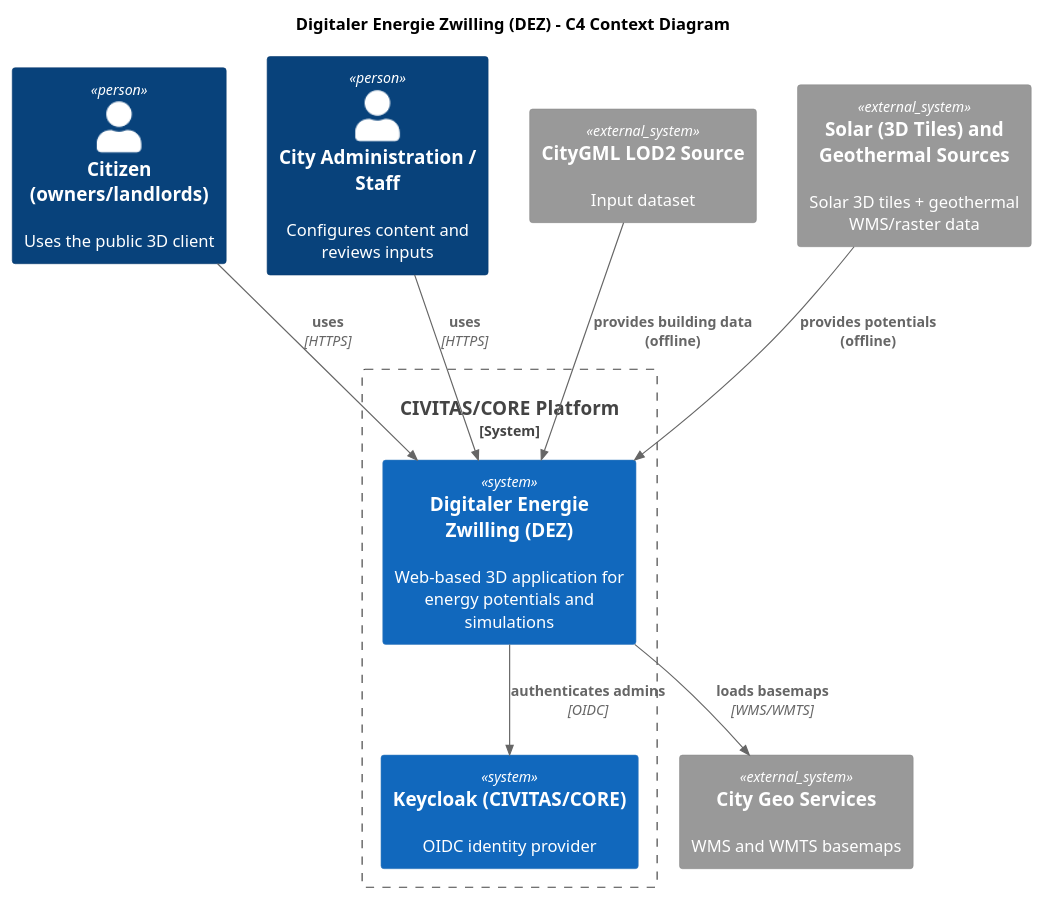
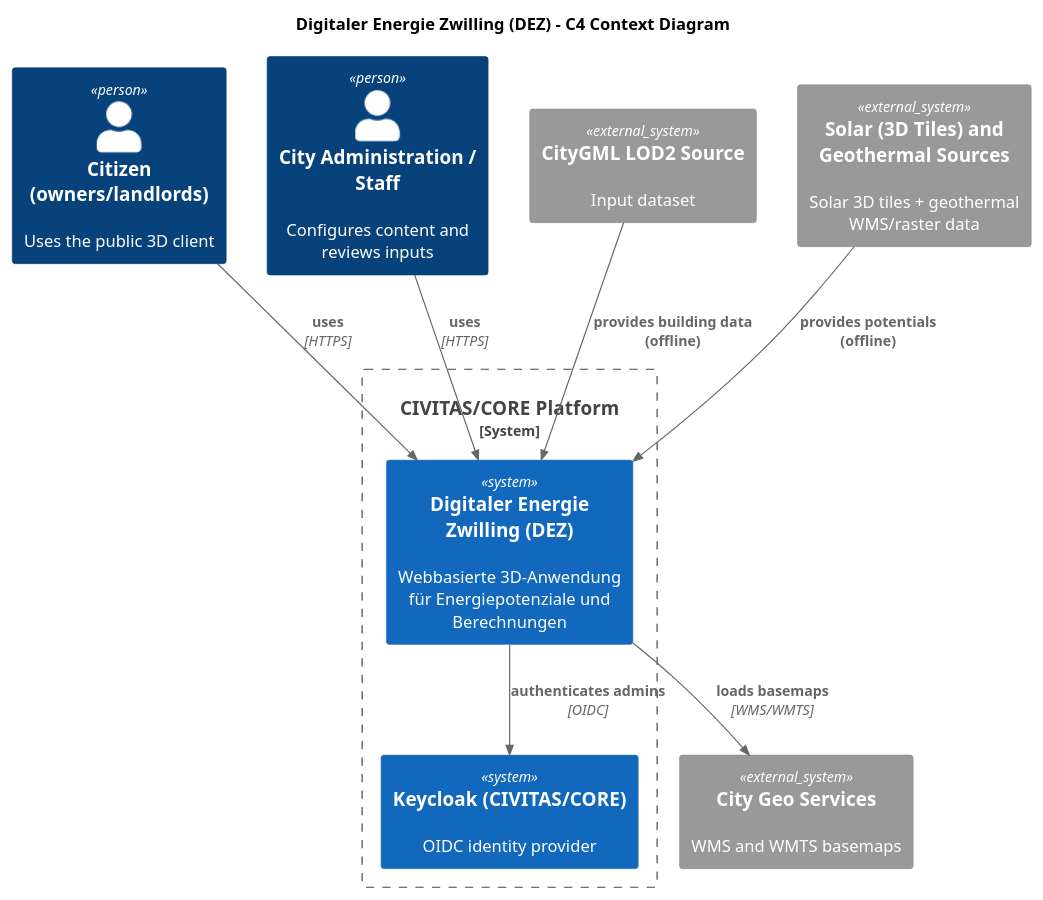
One commit to csi-FOXBYTE/Regensburg_DigitalerEnergieZwilling_Backend changed the diagram in docs/architecture/raw/c4-context.puml. Above: the diagram before and after it, drawn with PlantUML. The commit also changed other lines of this file and 36 other files, not shown here.

```diff
--- a/docs/architecture/raw/c4-context.puml
+++ b/docs/architecture/raw/c4-context.puml
@@ -1,25 +1,25 @@
 @startuml
 !includeurl https://raw.githubusercontent.com/plantuml-stdlib/C4-PlantUML/master/C4_Context.puml
 
 title Digitaler Energie Zwilling (DEZ) - C4 Context Diagram
 
 Person(citizen, "Citizen (owners/landlords)", "Uses the public 3D client")
 Person(admin, "City Administration / Staff", "Configures content and reviews inputs")
 
 System_Boundary(civitas, "CIVITAS/CORE Platform") {
-  System(det, "Digitaler Energie Zwilling (DEZ)", "Web-based 3D application for energy potentials and simulations")
+  System(det, "Digitaler Energie Zwilling (DEZ)", "Webbasierte 3D-Anwendung für Energiepotenziale und Berechnungen")
   System(idp, "Keycloak (CIVITAS/CORE)", "OIDC identity provider")
 }
 
 System_Ext(geo, "City Geo Services", "WMS and WMTS basemaps")
 System_Ext(citygml, "CityGML LOD2 Source", "Input dataset")
 System_Ext(potentials, "Solar (3D Tiles) and Geothermal Sources", "Solar 3D tiles + geothermal WMS/raster data")
 
 Rel(citizen, det, "uses", "HTTPS")
 Rel(admin, det, "uses", "HTTPS")
 Rel(det, idp, "authenticates admins", "OIDC")
 Rel(det, geo, "loads basemaps", "WMS/WMTS")
 Rel(citygml, det, "provides building data (offline)")
 Rel(potentials, det, "provides potentials (offline)")
 
 @enduml
```
